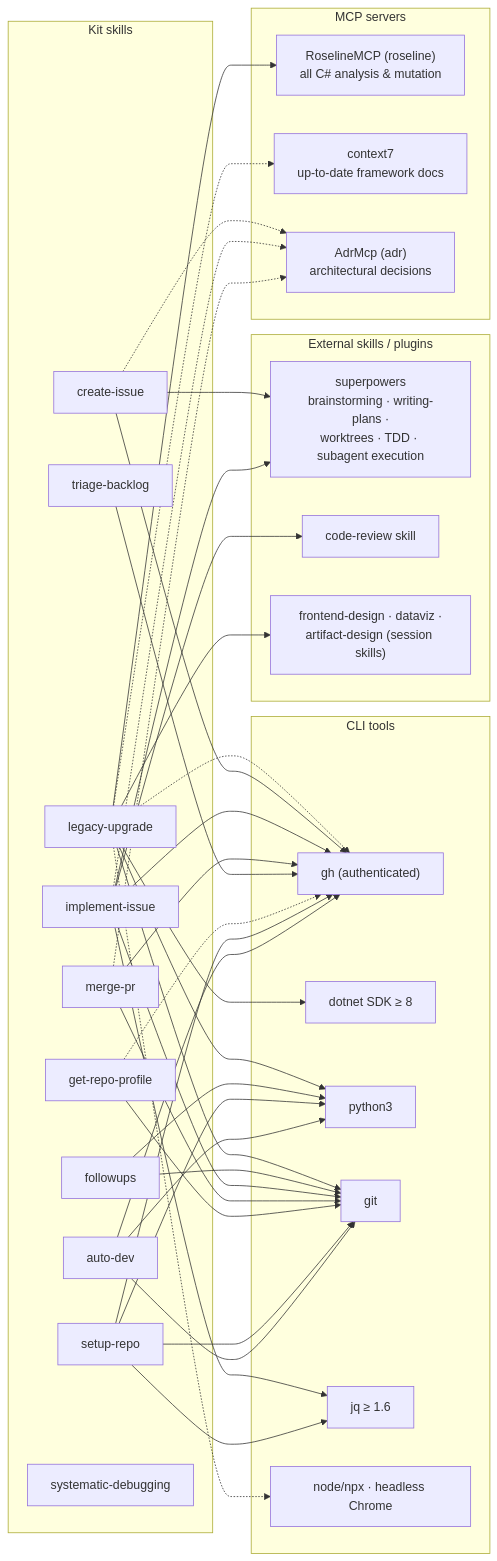
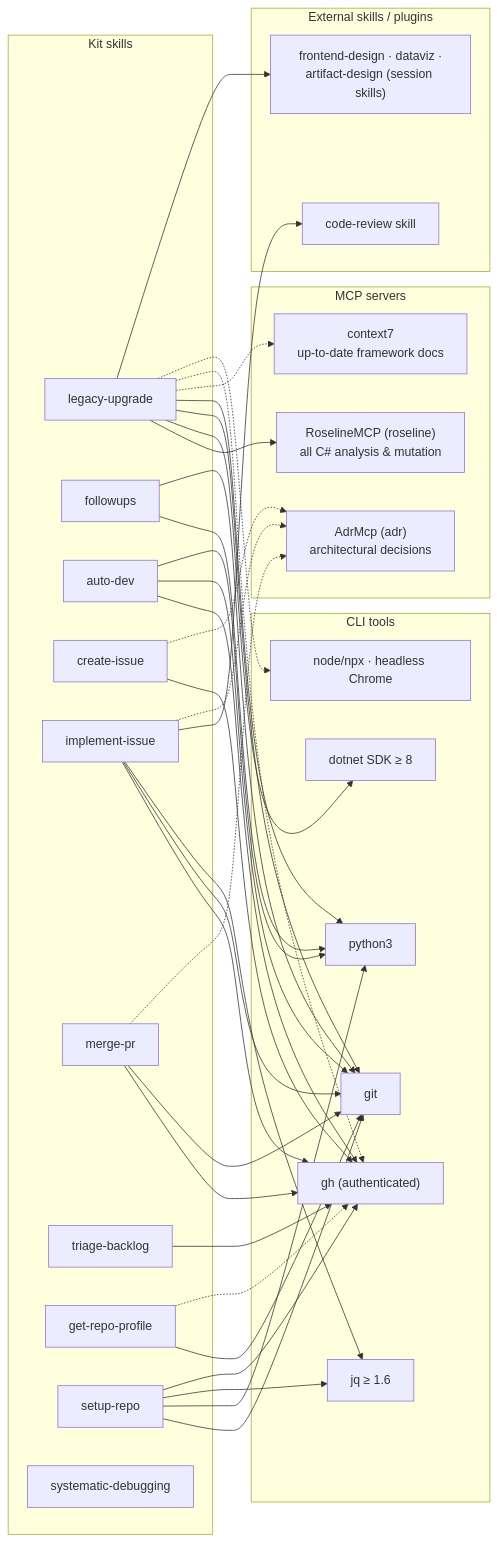
The second of 2 diagrams in ARCHITECTURE.md (phmatray/ai-migration-kit), drawn with Mermaid before and after one commit. The commit also changed other lines of this file and 17 other files, not shown here.

````diff
--- a/ARCHITECTURE.md
+++ b/ARCHITECTURE.md
@@ -90,77 +90,74 @@
 ```mermaid
 graph LR
     subgraph skills ["Kit skills"]
         LU[legacy-upgrade]
         FU[followups]
         AD[auto-dev]
         CI[create-issue]
         II[implement-issue]
         MP[merge-pr]
         TB[triage-backlog]
         RP[get-repo-profile]
         SR[setup-repo]
         SD[systematic-debugging]
     end
 
     subgraph mcp ["MCP servers"]
         ROS["RoselineMCP (roseline)<br>all C# analysis & mutation"]
         C7["context7<br>up-to-date framework docs"]
         ADR["AdrMcp (adr)<br>architectural decisions"]
     end
 
     subgraph ext ["External skills / plugins"]
-        SP["superpowers<br>brainstorming · writing-plans ·<br>worktrees · TDD · subagent execution"]
         CR["code-review skill"]
         FD["frontend-design · dataviz ·<br>artifact-design (session skills)"]
     end
 
     subgraph tools ["CLI tools"]
         GH["gh (authenticated)"]
         DN["dotnet SDK ≥ 8"]
         PY["python3"]
         GIT["git"]
         JQ["jq ≥ 1.6"]
         NODE["node/npx · headless Chrome"]
     end
 
     LU --> ROS
     LU --> DN
     LU --> GIT
     LU --> PY
     LU -.-> C7
     LU -.-> GH
     LU -.-> NODE
     LU --> FD
 
     FU --> PY
     FU --> GIT
 
     CI --> GH
-    CI --> SP
     CI -.-> ADR
 
     II --> GH
     II --> GIT
     II --> JQ
-    II --> SP
     II --> CR
     II -.-> ADR
 
     MP --> GH
     MP --> GIT
     MP -.-> ADR
 
     TB --> GH
 
     RP --> GIT
     RP -.-> GH
 
     SR --> GIT
     SR --> PY
     SR --> JQ
     SR --> GH
 
     AD --> GH
     AD --> GIT
     AD --> PY
 ```
````
